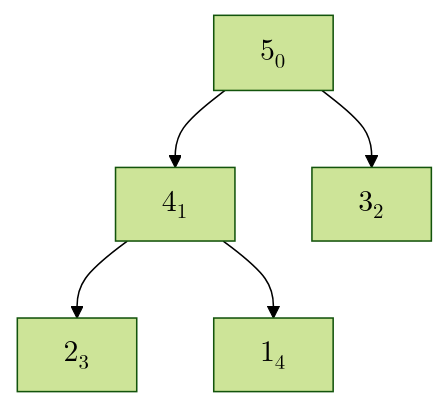
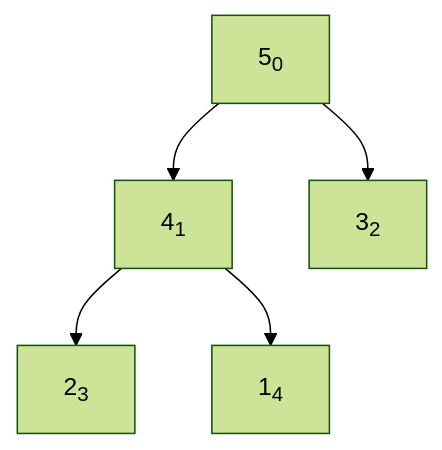
One commit to cafewang/cafewang.github.io changed the tenth of 15 diagrams in _posts/2024-12-17-sort-four.md. Above: the diagram before and after it, drawn with Mermaid (forest theme). The commit also changed other lines of this file, not shown here.

Commit message:
fix mermaid done

````diff
--- a/_posts/2024-12-17-sort-four.md
+++ b/_posts/2024-12-17-sort-four.md
@@ -199,11 +200,11 @@
 ```mermaid
 graph TD 
-A["$$5_0$$"]
-B["$$4_1$$"]
-C["$$3_2$$"]
-D["$$2_3$$"]
-E["$$1_4$$"]
+A["5<sub>0</sub>"]
+B["4<sub>1</sub>"]
+C["3<sub>2</sub>"]
+D["2<sub>3</sub>"]
+E["1<sub>4</sub>"]
 
 A --> B & C
 B --> D & E
 ```
````
